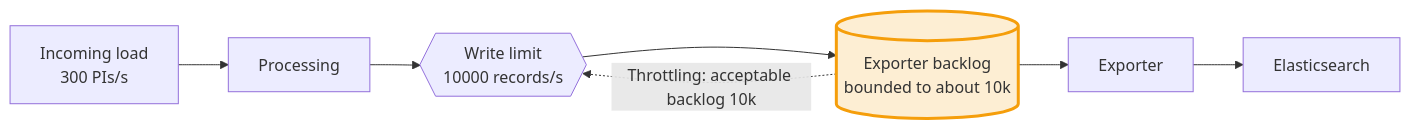
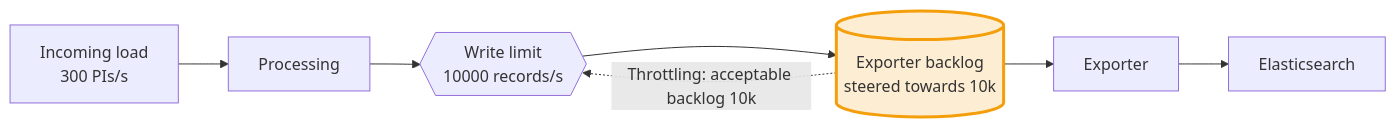
The fifth of 7 diagrams in chaos-days/blog/2026-10-15-Experiment-with-flow-control/index.md (zeebe-io/zeebe-chaos), drawn with Mermaid before and after one commit. The commit also changed other lines of this file, not shown here.

First line of the commit message:
blog: describe the acceptable backlog as a soft limit in the diagrams

````diff
--- a/chaos-days/blog/2026-10-15-Experiment-with-flow-control/index.md
+++ b/chaos-days/blog/2026-10-15-Experiment-with-flow-control/index.md
@@ -225,12 +225,12 @@
 ```mermaid
 flowchart LR
     A["Incoming load<br/>300 PIs/s"] --> B["Processing"]
     B --> W{{"Write limit<br/>10000 records/s"}}
-    W --> Q[("Exporter backlog<br/>bounded to about 10k")]
+    W --> Q[("Exporter backlog<br/>steered towards 10k")]
     Q --> X["Exporter"]
     X --> E["Elasticsearch"]
     Q -. "Throttling: acceptable backlog 10k" .-> W
     classDef knob fill:#f59e0b,fill-opacity:0.18,stroke:#f59e0b,stroke-width:3px
     classDef off fill:none,stroke:#9ca3af,stroke-dasharray:4 4,color:#9ca3af
     class Q knob
 ```
````
